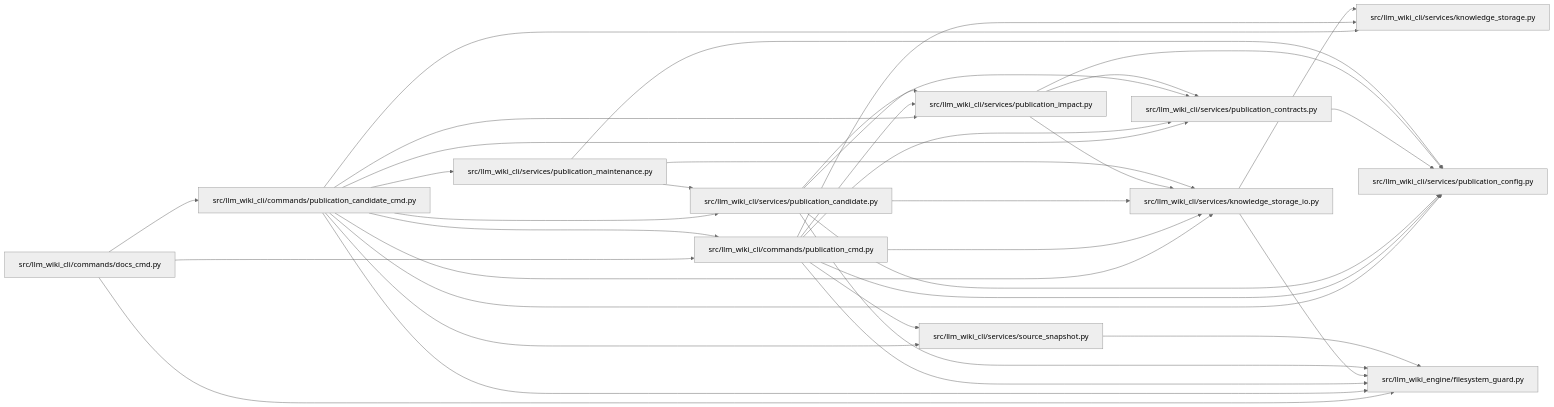
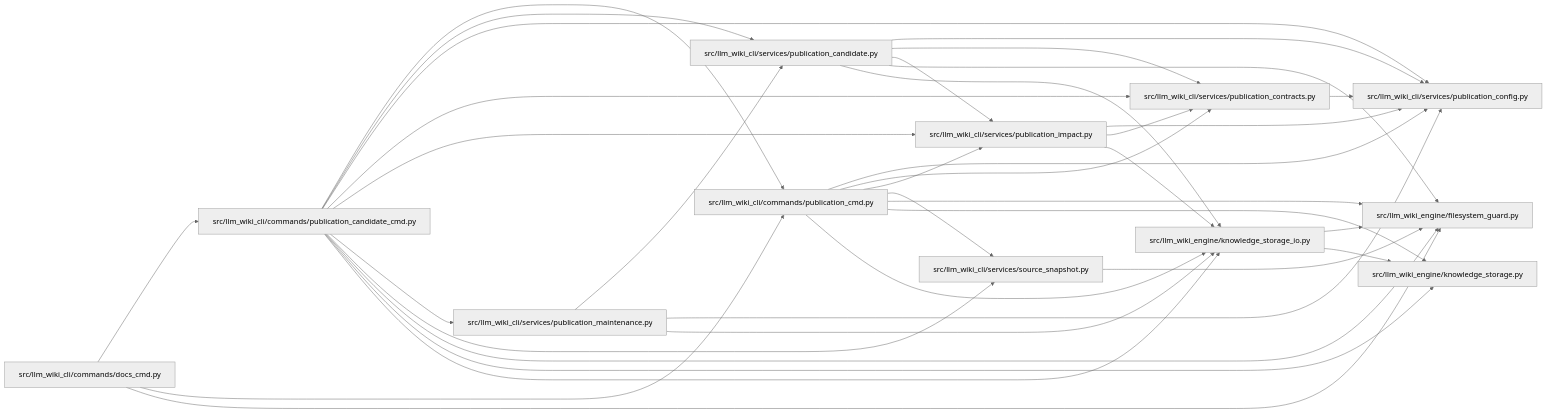
The diagram in docs/llm_wiki/modules/publication_candidate_cmd.md (Denissvgn/python-wiki-llm), drawn with Mermaid (neutral theme) before and after one commit. The commit also changed other lines of this file and 1058 other files, not shown here.

First line of the commit message:
docs: refresh the wiki for the knowledge store move

````diff
--- a/docs/llm_wiki/modules/publication_candidate_cmd.md
+++ b/docs/llm_wiki/modules/publication_candidate_cmd.md
@@ -31,62 +31,62 @@
 ```mermaid
 flowchart LR
     n0["src/llm_wiki_cli/commands/docs_cmd.py"]
     n1["src/llm_wiki_cli/commands/publication_candidate_cmd.py"]
     n2["src/llm_wiki_cli/commands/publication_cmd.py"]
-    n3["src/llm_wiki_cli/services/knowledge_storage.py"]
-    n4["src/llm_wiki_cli/services/knowledge_storage_io.py"]
-    n5["src/llm_wiki_cli/services/publication_candidate.py"]
-    n6["src/llm_wiki_cli/services/publication_config.py"]
-    n7["src/llm_wiki_cli/services/publication_contracts.py"]
-    n8["src/llm_wiki_cli/services/publication_impact.py"]
-    n9["src/llm_wiki_cli/services/publication_maintenance.py"]
-    n10["src/llm_wiki_cli/services/source_snapshot.py"]
-    n11["src/llm_wiki_engine/filesystem_guard.py"]
+    n3["src/llm_wiki_cli/services/publication_candidate.py"]
+    n4["src/llm_wiki_cli/services/publication_config.py"]
+    n5["src/llm_wiki_cli/services/publication_contracts.py"]
+    n6["src/llm_wiki_cli/services/publication_impact.py"]
+    n7["src/llm_wiki_cli/services/publication_maintenance.py"]
+    n8["src/llm_wiki_cli/services/source_snapshot.py"]
+    n9["src/llm_wiki_engine/filesystem_guard.py"]
+    n10["src/llm_wiki_engine/knowledge_storage.py"]
+    n11["src/llm_wiki_engine/knowledge_storage_io.py"]
     n0 --> n1
     n0 --> n2
-    n0 --> n11
+    n0 --> n9
     n1 --> n2
     n1 --> n3
     n1 --> n4
     n1 --> n5
     n1 --> n6
     n1 --> n7
     n1 --> n8
     n1 --> n9
     n1 --> n10
     n1 --> n11
-    n2 --> n3
     n2 --> n4
+    n2 --> n5
     n2 --> n6
-    n2 --> n7
     n2 --> n8
+    n2 --> n9
     n2 --> n10
     n2 --> n11
-    n4 --> n3
-    n4 --> n11
+    n3 --> n4
+    n3 --> n5
+    n3 --> n6
+    n3 --> n9
+    n3 --> n11
     n5 --> n4
-    n5 --> n6
-    n5 --> n7
-    n5 --> n8
-    n5 --> n11
-    n7 --> n6
-    n8 --> n4
-    n8 --> n6
-    n8 --> n7
-    n9 --> n4
-    n9 --> n5
-    n9 --> n6
-    n10 --> n11
+    n6 --> n4
+    n6 --> n5
+    n6 --> n11
+    n7 --> n3
+    n7 --> n4
+    n7 --> n11
+    n8 --> n9
+    n11 --> n9
+    n11 --> n10
     click n0 "../modules/docs_cmd.md"
     click n1 "../modules/publication_candidate_cmd.md"
     click n2 "../modules/publication_cmd.md"
-    click n3 "../modules/knowledge_storage.md"
-    click n4 "../modules/knowledge_storage_io.md"
-    click n5 "../modules/publication_candidate.md"
-    click n6 "../modules/publication_config.md"
-    click n7 "../modules/publication_contracts.md"
-    click n8 "../modules/publication_impact.md"
-    click n9 "../modules/publication_maintenance.md"
-    click n10 "../modules/source_snapshot.md"
-    click n11 "../modules/filesystem_guard.md"
+    click n3 "../modules/publication_candidate.md"
+    click n4 "../modules/publication_config.md"
+    click n5 "../modules/publication_contracts.md"
+    click n6 "../modules/publication_impact.md"
+    click n7 "../modules/publication_maintenance.md"
+    click n8 "../modules/source_snapshot.md"
+    click n9 "../modules/filesystem_guard.md"
+    click n10 "../modules/knowledge_storage.md"
+    click n11 "../modules/knowledge_storage_io.md"
 ```
````
